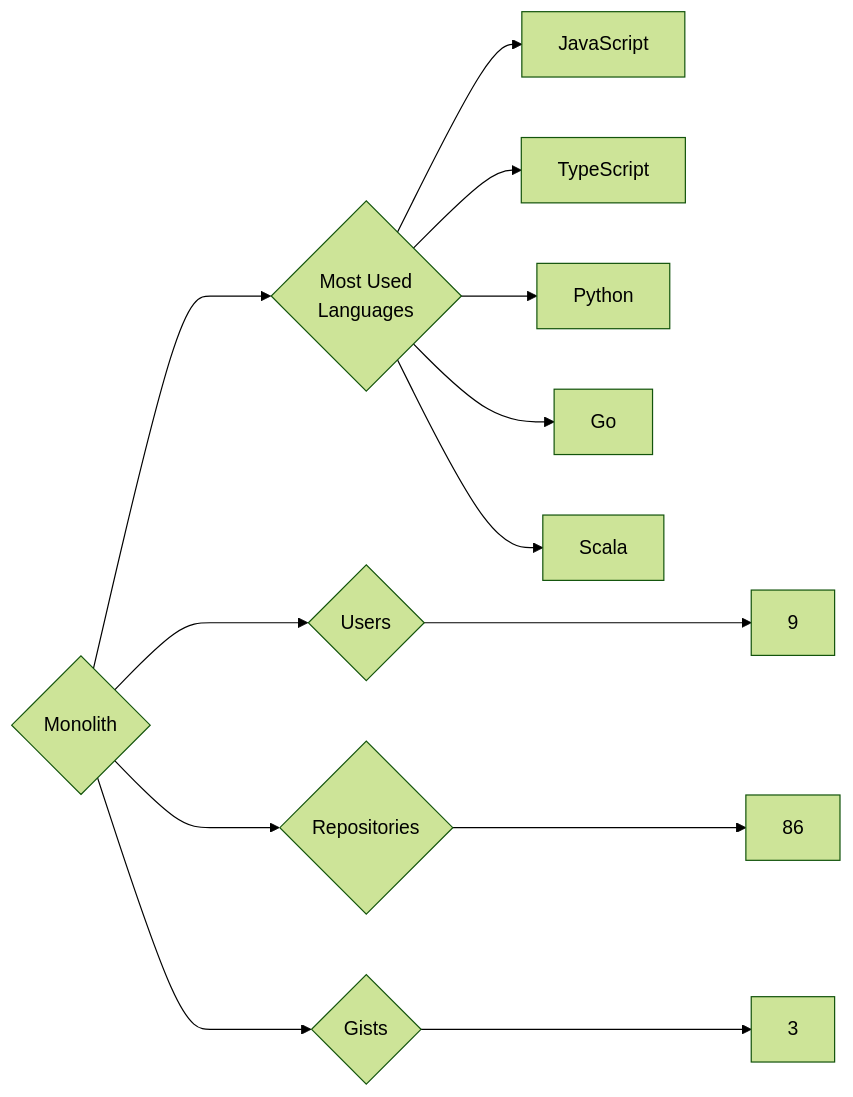
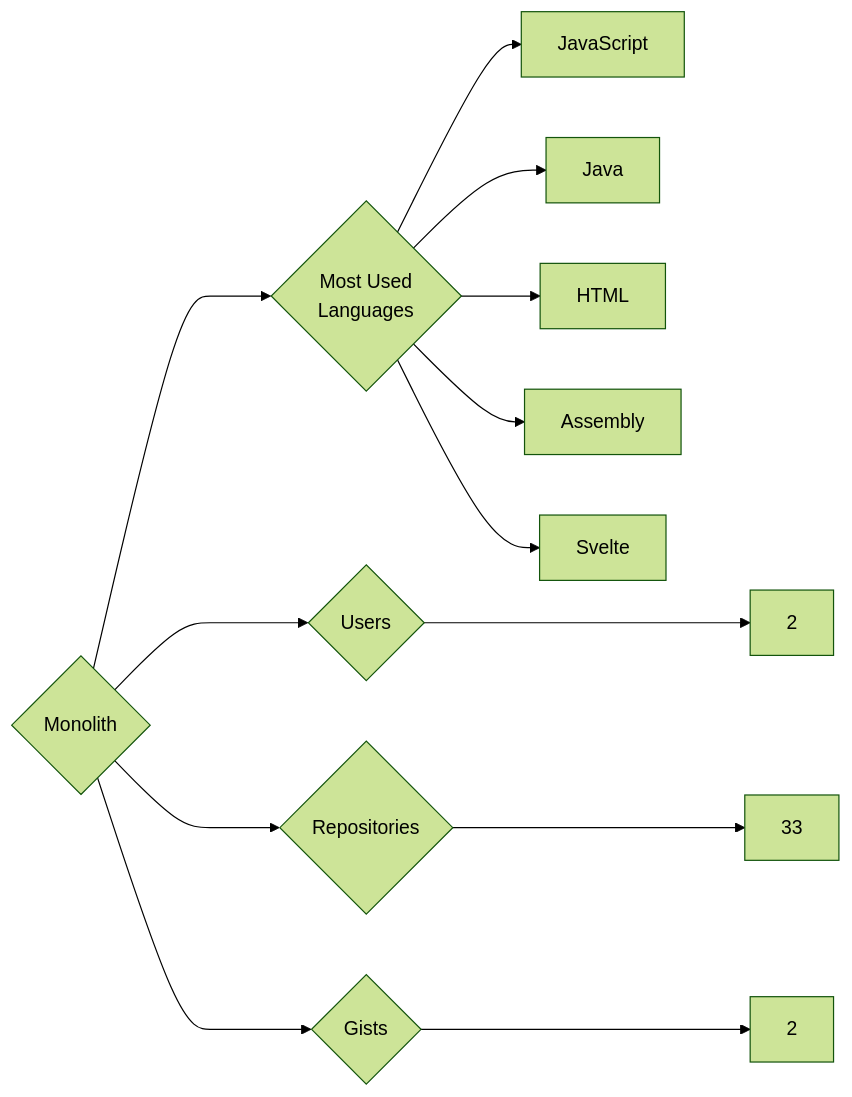
Before and after one commit to trickest/insiders: the diagram in targets/Monolith/README.md, drawn with Mermaid (forest theme). The commit also changed 895 other files, not shown here.

````diff
--- a/targets/Monolith/README.md
+++ b/targets/Monolith/README.md
@@ -3,13 +3,13 @@
 ```mermaid
 graph LR
 COMPANY_NAME{Monolith}
-COMPANY_NAME ---> U{Users} ---> UN[9]
-COMPANY_NAME ---> R{Repositories} ---> RN[86]
-COMPANY_NAME ---> G{Gists} ---> GN[3]
+COMPANY_NAME ---> U{Users} ---> UN[2]
+COMPANY_NAME ---> R{Repositories} ---> RN[33]
+COMPANY_NAME ---> G{Gists} ---> GN[2]
 COMPANY_NAME ---> ML{Most Used<br>Languages}
 ML --> JavaScript[JavaScript]
-ML --> TypeScript[TypeScript]
-ML --> Python[Python]
-ML --> Go[Go]
-ML --> Scala[Scala]
+ML --> Java[Java]
+ML --> HTML[HTML]
+ML --> Assembly[Assembly]
+ML --> Svelte[Svelte]
 ```
````
